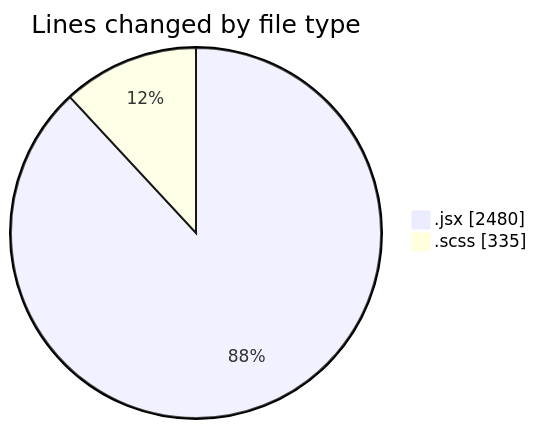
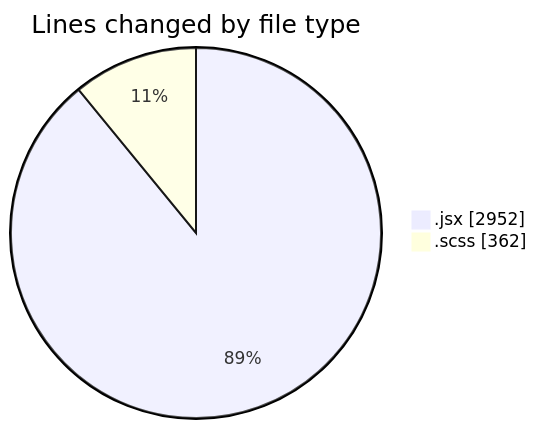
One commit to momahboobian/code-tracking changed the first of 2 diagrams in 2026-09-02/cda/README.md. Above: the diagram before and after it, drawn with Mermaid. The commit also changed other lines of this file and 1 other file, not shown here.

````diff
--- a/2026-09-02/cda/README.md
+++ b/2026-09-02/cda/README.md
@@ -30,6 +36,6 @@
 ```mermaid
 pie showData
 title Lines changed by file type
-".jsx" : 2480
-".scss" : 335
+".jsx" : 2952
+".scss" : 362
 ```
````
